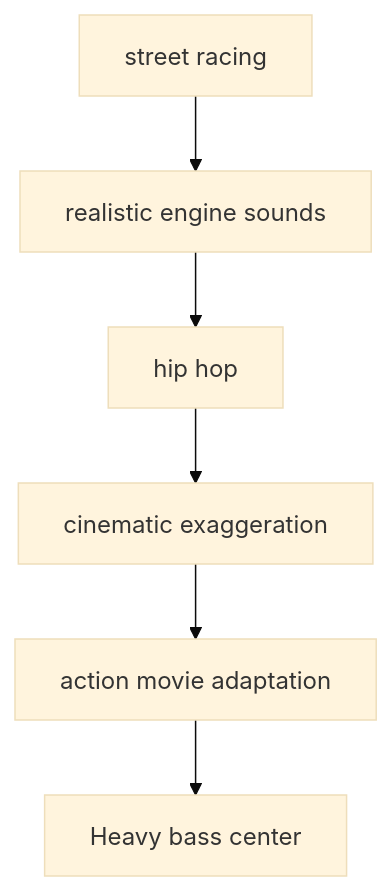
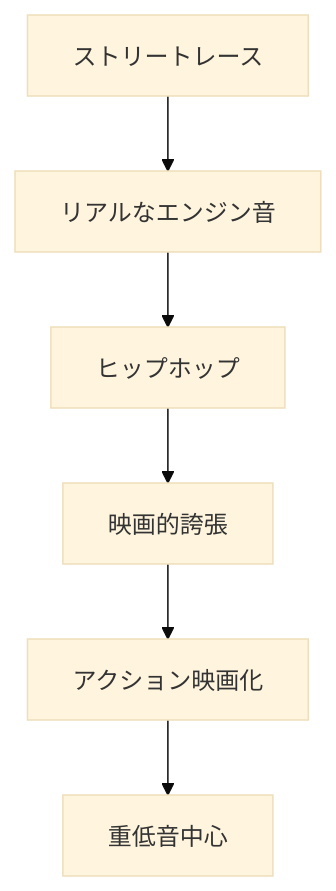
One commit to monumental-movement/monumental-movement.github.io changed the diagram in en/_posts/2026-04-03-column-fast-and-furious.md. Above: the diagram before and after it, drawn with Mermaid (base theme). The commit also changed other lines of this file and 2196 other files, not shown here.

```diff
--- a/en/_posts/2026-04-03-column-fast-and-furious.md
+++ b/en/_posts/2026-04-03-column-fast-and-furious.md
@@ -130,8 +129,8 @@
 <div class="mermaid">
 graph TD
-A[street racing] --> B[realistic engine sounds]
-B --> C[hip hop]
-C --> D[cinematic exaggeration]
-D --> E[action movie adaptation]
-E --> F[Heavy bass center]
+A[ストリートレース] --> B[リアルなエンジン音]
+B --> C[ヒップホップ]
+C --> D[映画的誇張]
+D --> E[アクション映画化]
+E --> F[重低音中心]
 </div>
```
